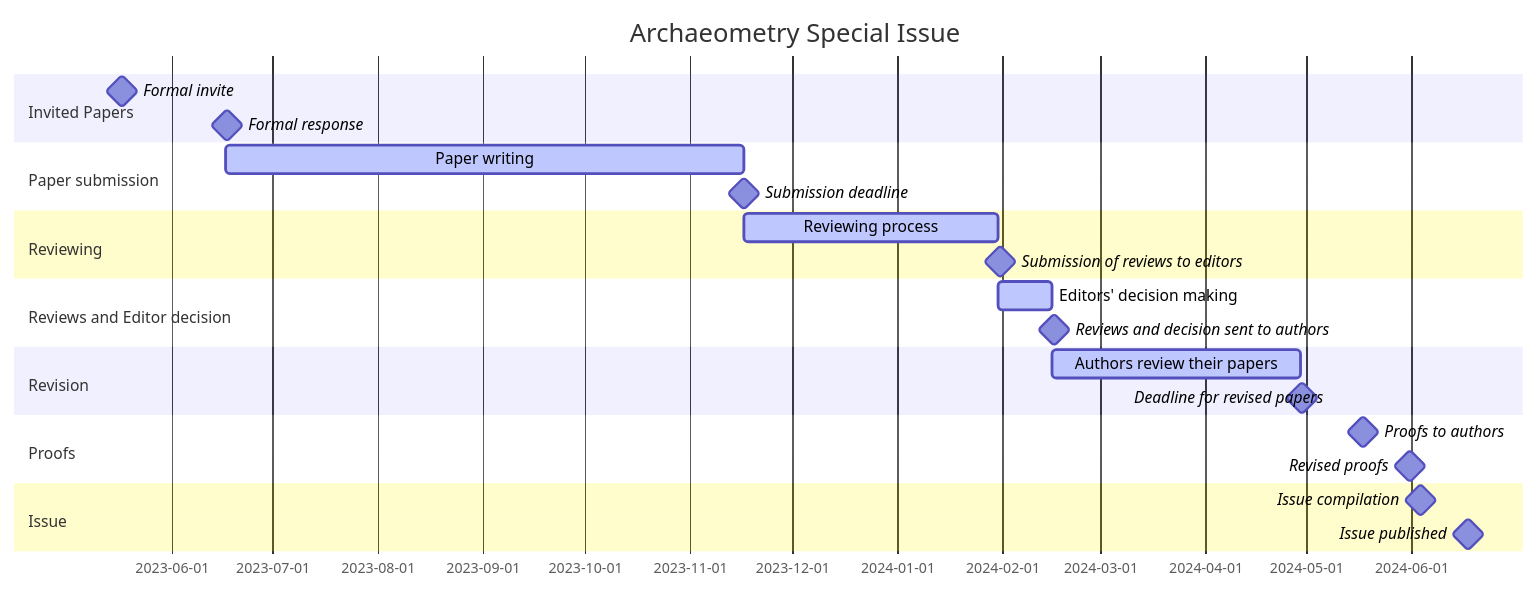
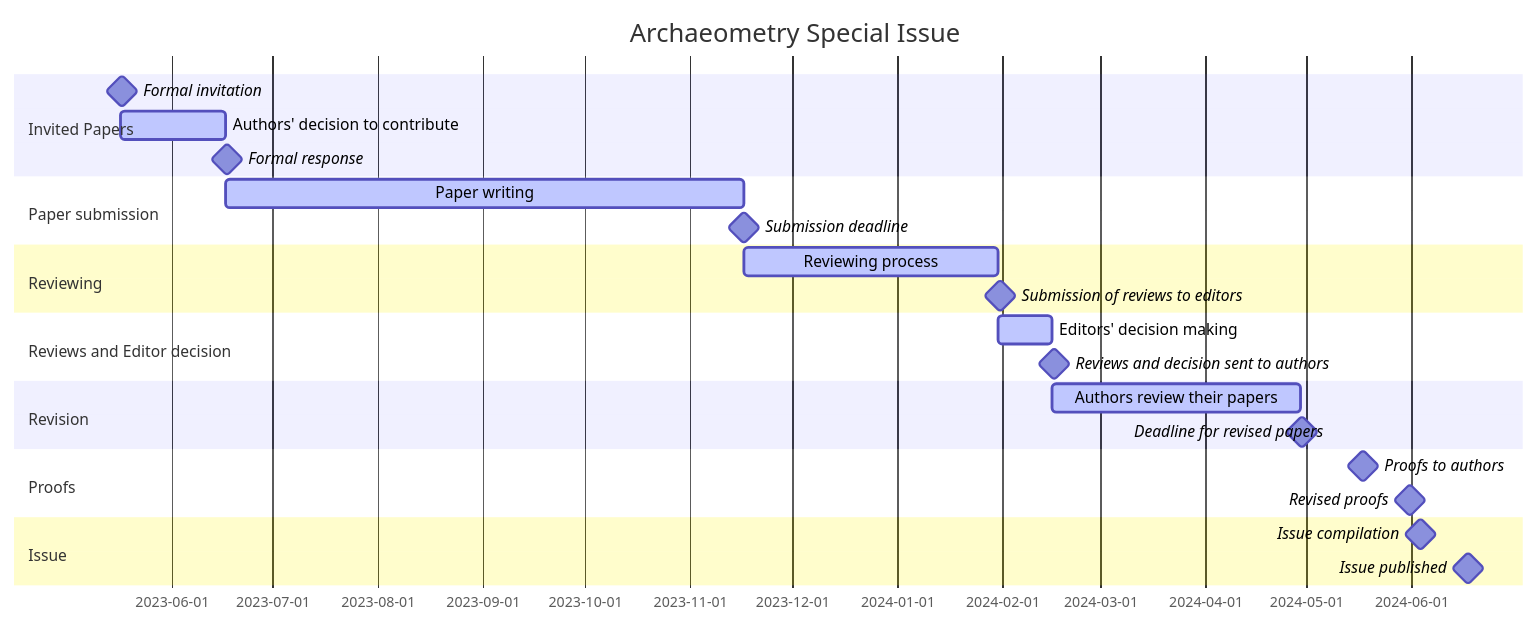
Before and after one commit to historical-time/archaeometry-si: the diagram in README.md, drawn with Mermaid.

````diff
--- a/README.md
+++ b/README.md
@@ -21,31 +21,32 @@
 ```mermaid
 gantt
     title Archaeometry Special Issue
     dateFormat  YYYY-MM-DD
     section Invited Papers
-    Formal invite                    : milestone, m0, 2023-05-17, 1d
+    Formal invitation                 : milestone, m0, 2023-05-17, 1d
+    Authors' decision to contribute : active, a0, 2023-05-17, 2023-06-17
     Formal response                  : milestone, m0, 2023-06-17, 1d
     %% section Short paper description
     %% Request short paper description  : milestone, m0, 2023-06-19, 1d
     %% Deadline short paper description : milestone, m0, 2023-07-18, 1d
     %% Editor feedback letter           : milestone, m1, 2023-07-21, 1d
     section Paper submission
     Paper writing                    : active, a0, 2023-06-17, 2023-11-17
     Submission deadline              : milestone, m9, 2023-11-17, 1d %% Soft deadline
     %% Hard deadline                 : milestone, m9, 2023-11-30, 1d %% Hard deadline
     section Reviewing
     Reviewing process                  : active, a1, 2023-11-17, 2024-01-31
     Submission of reviews to editors   : milestone, m1, 2024-01-31, 1d
     section Reviews and Editor decision
-    Editors' decision making              : active, a1, 2024-01-31, 2024-02-16
+    Editors' decision making              : active, a2, 2024-01-31, 2024-02-16
     Reviews and decision sent to authors  : milestone, m2, 2024-02-16, 1d
     section Revision
-    Authors review their papers       : active, a1, 2024-02-16, 2024-04-29
+    Authors review their papers       : active, a3, 2024-02-16, 2024-04-29
     Deadline for revised papers       : milestone, m2, 2024-04-29, 1d
     section Proofs
     Proofs to authors                : milestone, m2, 2024-05-17, 1d
     Revised proofs                   : milestone, m2, 2024-05-31, 1d
     section Issue
     Issue compilation                : milestone, m2, 2024-06-03, 1d
     Issue published                  : milestone, m2, 2024-06-17, 1d
 ```
````
